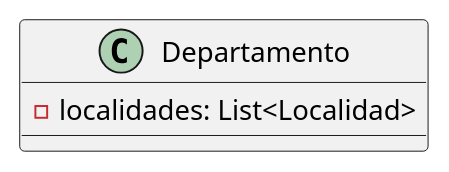
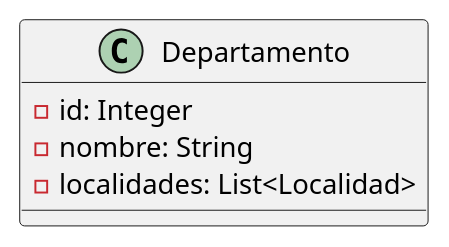
One commit to mbertogliati/dds-tpa changed the diagram in main-project/DC/E3/meta_datos_geo/Departamento.puml. Above: the diagram before and after it, drawn with PlantUML. The commit also changed 31 other files, not shown here.

```diff
--- a/main-project/DC/E3/meta_datos_geo/Departamento.puml
+++ b/main-project/DC/E3/meta_datos_geo/Departamento.puml
@@ -1,8 +1,10 @@
 @startuml
 'https://plantuml.com/class-diagram
 
 class Departamento {
+  - id: Integer
+  - nombre: String
   - localidades: List<Localidad>
 }
 
 @enduml
```
